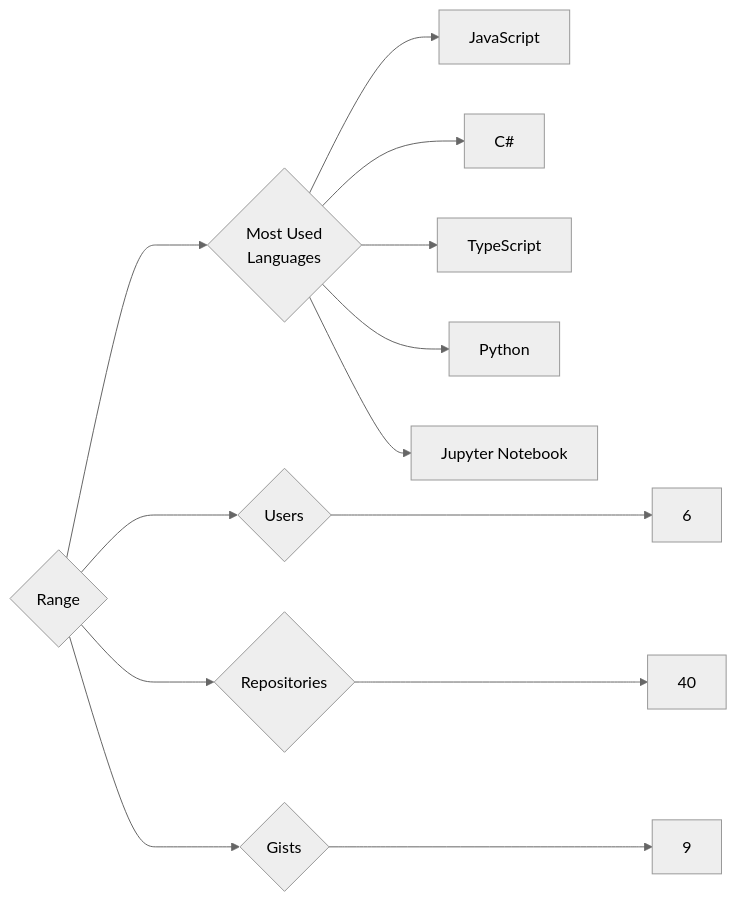
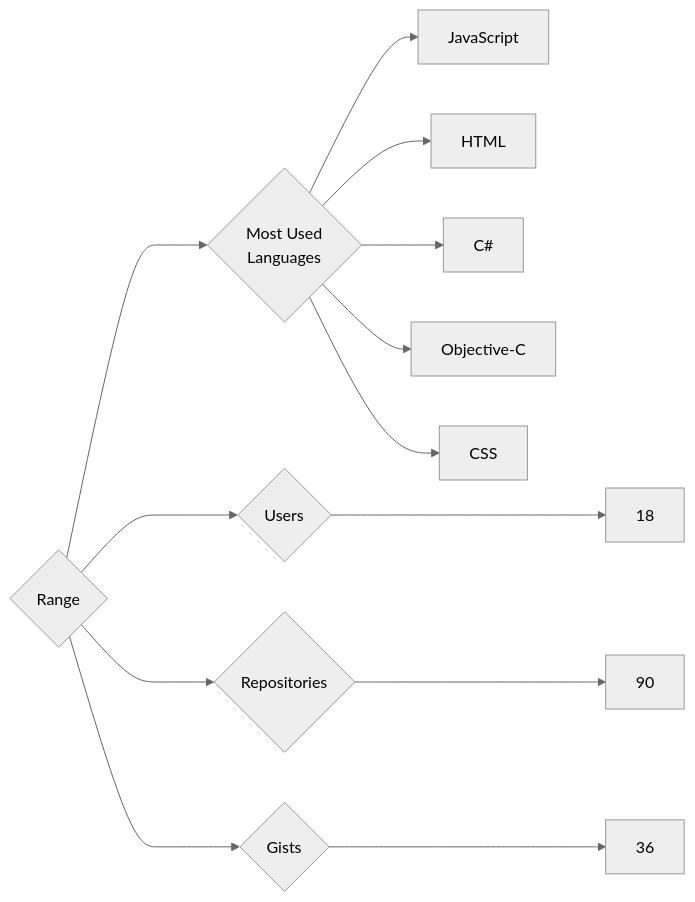
Before and after one commit to trickest/insiders: the diagram in targets/Range/README.md, drawn with Mermaid (neutral theme). The commit also changed 597 other files, not shown here.

````diff
--- a/targets/Range/README.md
+++ b/targets/Range/README.md
@@ -3,13 +3,13 @@
 ```mermaid
 graph LR
 COMPANY_NAME{Range}
-COMPANY_NAME ---> U{Users} ---> UN[6]
-COMPANY_NAME ---> R{Repositories} ---> RN[40]
-COMPANY_NAME ---> G{Gists} ---> GN[9]
+COMPANY_NAME ---> U{Users} ---> UN[18]
+COMPANY_NAME ---> R{Repositories} ---> RN[90]
+COMPANY_NAME ---> G{Gists} ---> GN[36]
 COMPANY_NAME ---> ML{Most Used<br>Languages}
 ML --> JavaScript[JavaScript]
+ML --> HTML[HTML]
 ML --> C#[C#]
-ML --> TypeScript[TypeScript]
-ML --> Python[Python]
-ML --> Jupyter_Notebook[Jupyter Notebook]
+ML --> Objective-C[Objective-C]
+ML --> CSS[CSS]
 ```
````
